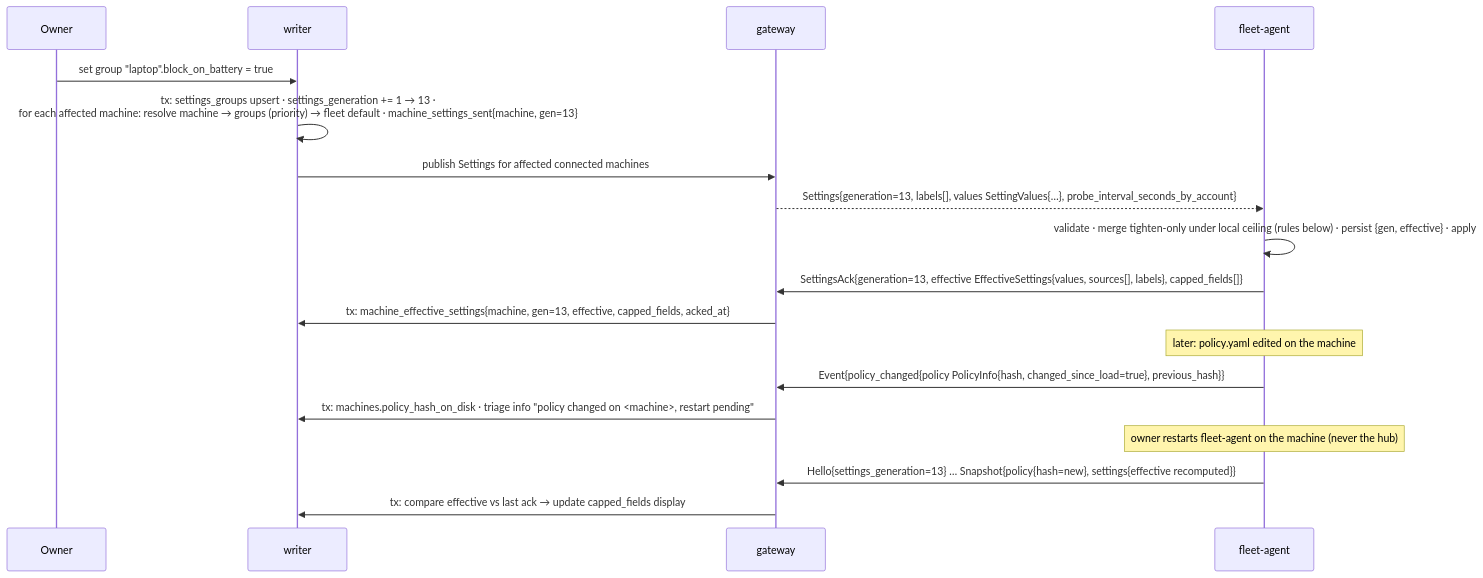
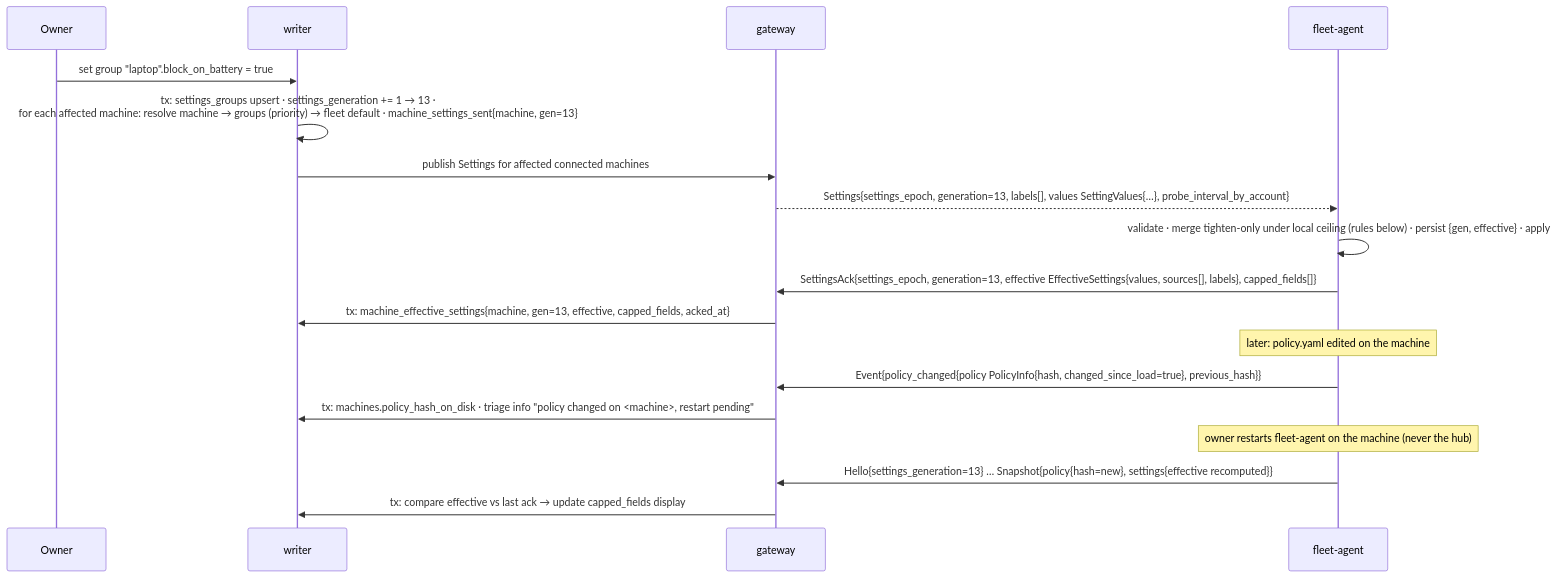
The first of 4 diagrams in docs/specs/03e-settings-and-drift.md (linuxdynasty/fleet-board), drawn with Mermaid before and after one commit. The commit also changed other lines of this file and 49 other files, not shown here.

````diff
--- a/docs/specs/03e-settings-and-drift.md
+++ b/docs/specs/03e-settings-and-drift.md
@@ -16,20 +16,20 @@
 ```mermaid
 sequenceDiagram
   participant O as Owner
   participant W as writer
   participant G as gateway
   participant A as fleet-agent
   O->>W: set group "laptop".block_on_battery = true
   W->>W: tx: settings_groups upsert · settings_generation += 1 → 13 ·<br/>for each affected machine: resolve machine → groups (priority) → fleet default · machine_settings_sent{machine, gen=13}
   W->>G: publish Settings for affected connected machines
-  G-->>A: Settings{generation=13, labels[], values SettingValues{…}, probe_interval_seconds_by_account}
+  G-->>A: Settings{settings_epoch, generation=13, labels[], values SettingValues{…}, probe_interval_by_account}
   A->>A: validate · merge tighten-only under local ceiling (rules below) · persist {gen, effective} · apply
-  A->>G: SettingsAck{generation=13, effective EffectiveSettings{values, sources[], labels}, capped_fields[]}
+  A->>G: SettingsAck{settings_epoch, generation=13, effective EffectiveSettings{values, sources[], labels}, capped_fields[]}
   G->>W: tx: machine_effective_settings{machine, gen=13, effective, capped_fields, acked_at}
   Note over A: later: policy.yaml edited on the machine
   A->>G: Event{policy_changed{policy PolicyInfo{hash, changed_since_load=true}, previous_hash}}
   G->>W: tx: machines.policy_hash_on_disk · triage info "policy changed on <machine>, restart pending"
   Note over A: owner restarts fleet-agent on the machine (never the hub)
   A->>G: Hello{settings_generation=13} … Snapshot{policy{hash=new}, settings{effective recomputed}}
   G->>W: tx: compare effective vs last ack → update capped_fields display
 ```
````
